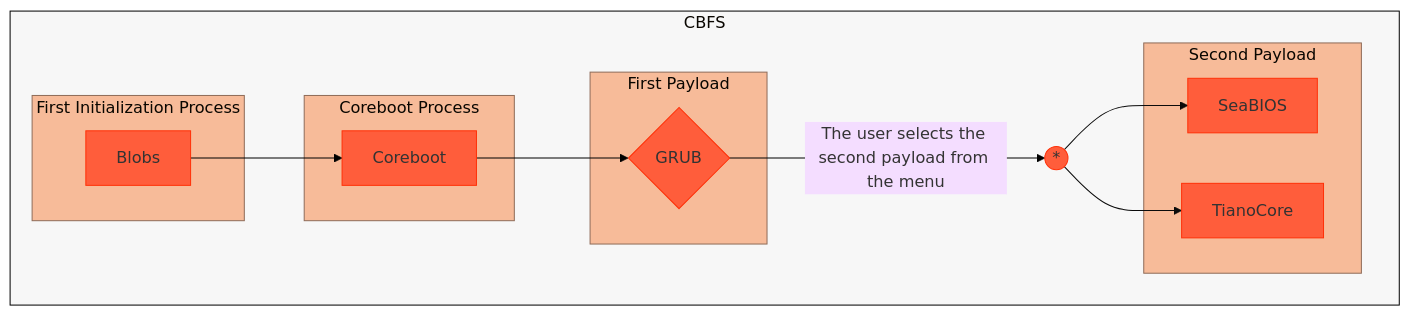
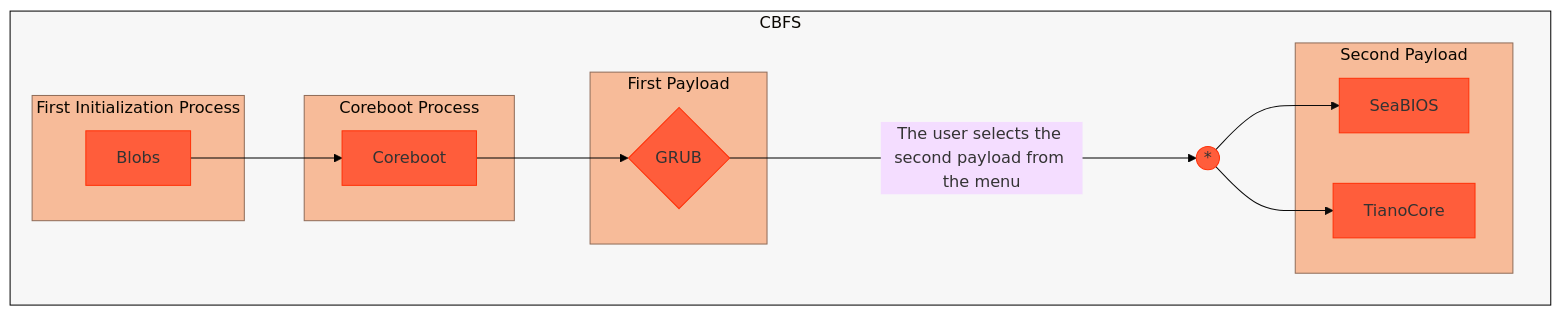
Before and after one commit to Ch3ckm4t3C1ph3r/Lenovo-Ideapad-320-14ISK-_Coreboot-Adaptation_: the diagram in README.md, drawn with Mermaid.

Commit message:
Fix formatting of user selection description in README

````diff
--- a/README.md
+++ b/README.md
@@ -104,45 +104,45 @@
 ```mermaid
 ---
 config:
   theme: 'base'
 ---
 flowchart LR;
     %% Definition of style (and class of style) of each element by id (or by class name)
     style cbfs fill:#f7f7f7,stroke:#000000,stroke-width:1px;
     classDef sbgStyle fill:#F7BB99,stroke:#8F6C59,stroke-width:1px
     classDef nodeStyle fill:#FF5D3B,stroke:#FF3008,stroke-width:1px
     classDef edgeStyle fill:#000000,stroke:#000000,stroke-width:1px
     
     subgraph cbfs[CBFS]
         direction LR
 
         %% Not publicly documented boot process
         subgraph sbg1[First Initialization Process]
         n1[Blobs]
         end
 
         n1[Blobs] e1@--> n2[Coreboot]
 
         subgraph sbg2[Coreboot Process]
         n2[Coreboot]
         end
     
         n2[Coreboot] e2@--> p1{GRUB}
     
         subgraph sbg3[First Payload]
         p1{GRUB}
         end
         
-        p1{GRUB} e3@--The user selects the second payload from the menu--> UNION((*)) e4@--> p2_1[SeaBIOS] & p2_2[TianoCore]
+        p1{GRUB} e3@---->|The user selects the second payload from the menu|UNION((*)) e4@--> p2_1[SeaBIOS] & p2_2[TianoCore]
     
         subgraph sbg4[Second Payload]
         p2_1[SeaBIOS] & p2_2[TianoCore]
         end
     end
 
     %% Defining the members of each class
     class sbg1,sbg2,sbg3,sbg4 sbgStyle
     class n1,n2,p1,p2_1,p2_2,UNION nodeStyle
     class e1,e2,e3 edgeStyle
     linkStyle 3 color:#ff0000
 ```
````
